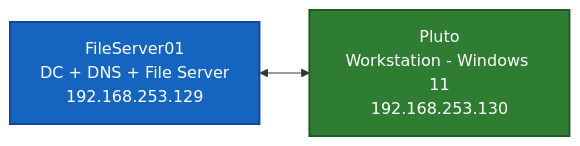
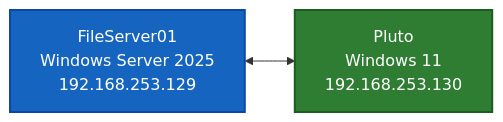
The first of 2 diagrams in README.md (john-boehler/active-directory-homelab), drawn with Mermaid before and after one commit. The commit also changed other lines of this file and 1 other file, not shown here.

````diff
--- a/README.md
+++ b/README.md
@@ -7,9 +7,9 @@
 ```mermaid
 graph LR
-    DC["FileServer01<br/>DC + DNS + File Server<br/>192.168.253.129"]
-    Client["Pluto<br/>Workstation - Windows 11<br/>192.168.253.130"]
+    DC["FileServer01<br/>Windows Server 2025<br/>192.168.253.129"]
+    Client["Pluto<br/>Windows 11<br/>192.168.253.130"]
     DC <--> Client
     
     style DC fill:#1565c0,stroke:#0d47a1,stroke-width:2px,color:#ffffff
     style Client fill:#2e7d32,stroke:#1b5e20,stroke-width:2px,color:#ffffff
 ```
````
